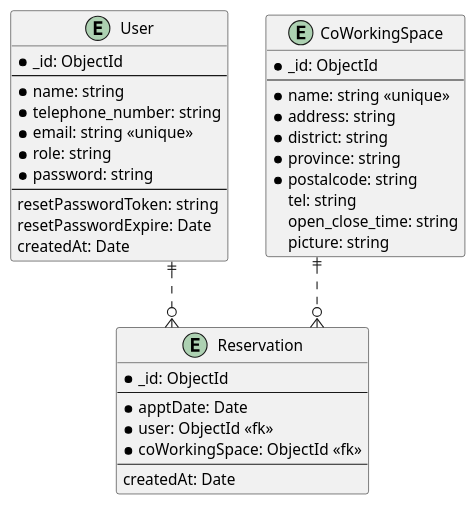
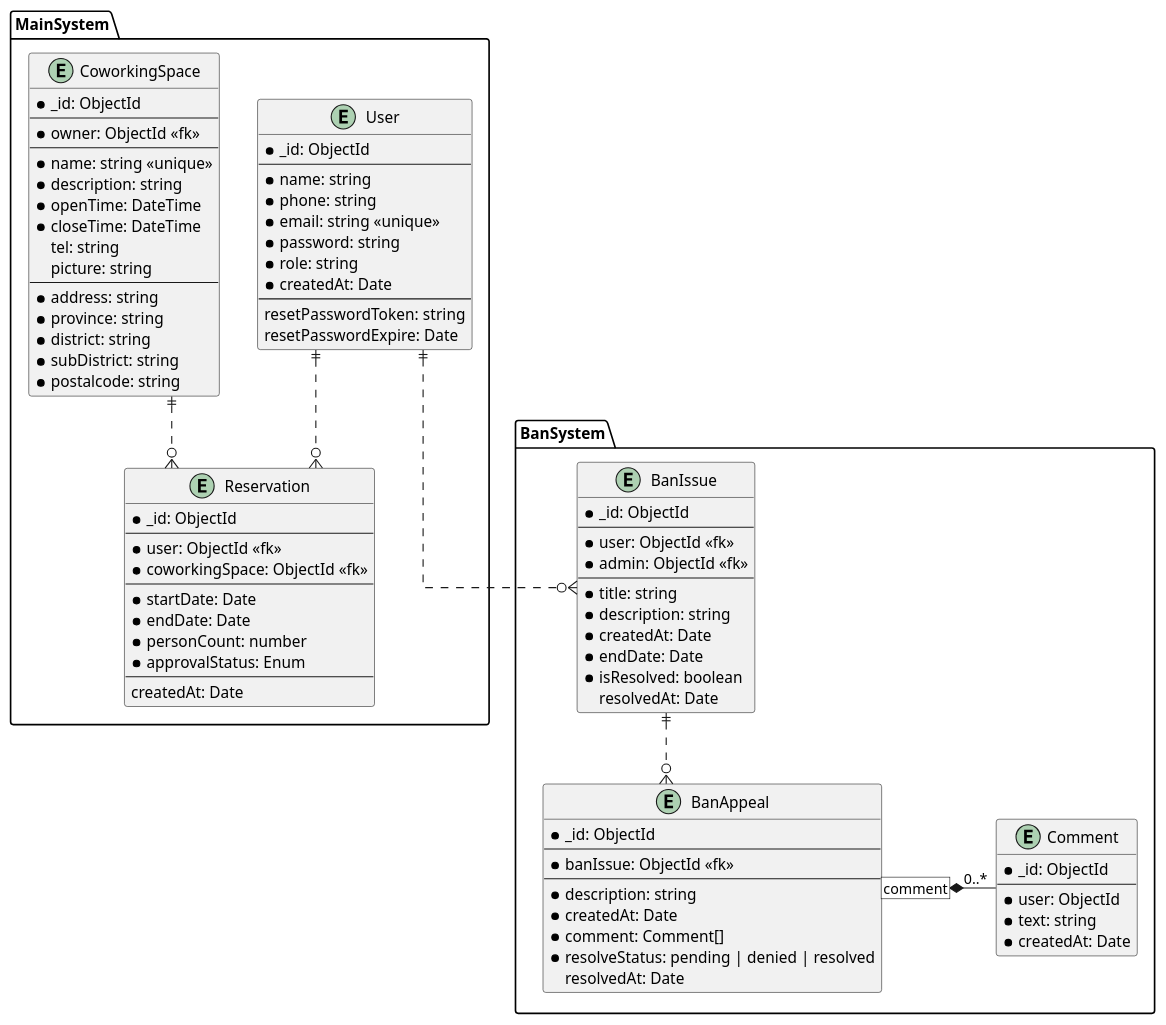
The diagram in ER_Diagram.puml (Cookie4686/group-se-backend), drawn with PlantUML before and after one commit. The commit also changed 31 other files, not shown here.

```diff
--- a/ER_Diagram.puml
+++ b/ER_Diagram.puml
@@ -1,45 +1,97 @@
 @startuml ER_Diagram
 
 skinparam Linetype ortho
 
-entity User {
-  * _id: ObjectId
-  --
-  * name: string
-  * telephone_number: string
-  * email: string <<unique>>
-  * role: string 
-  * password: string
-  --
-  resetPasswordToken: string
-  resetPasswordExpire: Date
-  createdAt: Date
+package MainSystem {
+  entity User {
+    * _id: ObjectId
+    --
+    * name: string
+    * phone: string
+    * email: string <<unique>>
+    * password: string
+    * role: string 
+    * createdAt: Date
+    --
+    resetPasswordToken: string
+    resetPasswordExpire: Date
+  }
+
+  entity CoworkingSpace {
+    * _id: ObjectId
+    --
+    * owner: ObjectId <<fk>>
+    --
+    * name: string <<unique>>
+    * description: string
+    * openTime: DateTime
+    * closeTime: DateTime
+    tel: string
+    picture: string
+    --
+    * address: string
+    * province: string
+    * district: string
+    * subDistrict: string
+    * postalcode: string
+  }
+
+  entity Reservation {
+    * _id: ObjectId
+    --
+    * user: ObjectId <<fk>>
+    * coworkingSpace: ObjectId <<fk>>
+    --
+    * startDate: Date
+    * endDate: Date
+    * personCount: number
+    * approvalStatus: Enum
+    --
+    createdAt: Date
+  }
+
+  User ||..o{ Reservation
+  CoworkingSpace ||..o{ Reservation
 }
 
-entity CoWorkingSpace {
-  * _id: ObjectId
-  --
-  * name: string <<unique>>
-  * address: string
-  * district: string
-  * province: string
-  * postalcode: string
-  tel: string
-  open_close_time: string
-  picture: string
+package BanSystem {
+  entity BanIssue {
+    * _id: ObjectId
+    --
+    * user: ObjectId <<fk>>
+    * admin: ObjectId <<fk>>
+    --
+    * title: string
+    * description: string
+    * createdAt: Date
+    * endDate: Date
+    * isResolved: boolean
+    resolvedAt: Date
+  }
+
+  entity BanAppeal {
+    * _id: ObjectId
+    --
+    * banIssue: ObjectId <<fk>>
+    --
+    * description: string
+    * createdAt: Date
+    * comment: Comment[]
+    * resolveStatus: pending | denied | resolved
+    resolvedAt: Date
+  }
+
+  entity Comment {
+    * _id: ObjectId
+    --
+    * user: ObjectId
+    * text: string
+    * createdAt: Date
+  }
+
+  User ||..o{ BanIssue
+  BanIssue ||..o{ BanAppeal
+  BanAppeal [comment] *- "0..*" Comment
 }
 
-entity Reservation {
-  * _id: ObjectId
-  --
-  * apptDate: Date
-  * user: ObjectId <<fk>>
-  * coWorkingSpace: ObjectId <<fk>>
-  --
-  createdAt: Date
-}
-
-User ||..o{ Reservation
-CoWorkingSpace ||..o{ Reservation
-
 @enduml
```
